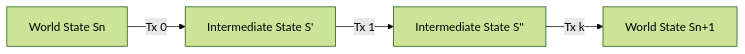
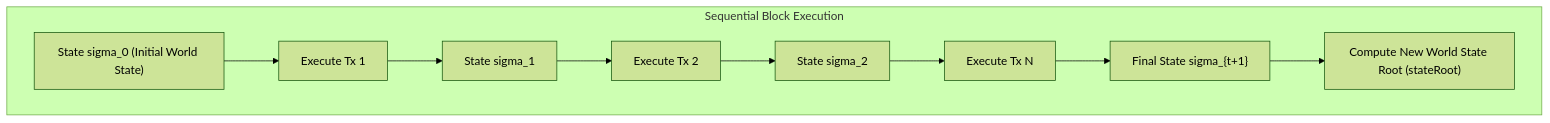
Before and after one commit to ub-society/modules: the fourth of 5 diagrams in docs/learn/fundamentals/02-architecture-and-state/02-transaction-lifecycle-and-state-transitions.md, drawn with Mermaid (forest theme). The commit also changed other lines of this file and 3 other files, not shown here.

````diff
--- a/docs/learn/fundamentals/02-architecture-and-state/02-transaction-lifecycle-and-state-transitions.md
+++ b/docs/learn/fundamentals/02-architecture-and-state/02-transaction-lifecycle-and-state-transitions.md
@@ -93,6 +152,12 @@
 ```mermaid
-flowchart LR
-    S0["World State Sn"] -->|Tx 0| S1["Intermediate State S'"]
-    S1 -->|Tx 1| S2["Intermediate State S''"]
-    S2 -->|Tx k| Sn1["World State Sn+1"]
+flowchart TD
+    subgraph Sequential Block Execution
+        S0["State sigma_0 (Initial World State)"] --> T1["Execute Tx 1"]
+        T1 --> S1["State sigma_1"]
+        S1 --> T2["Execute Tx 2"]
+        T2 --> S2["State sigma_2"]
+        S2 --> Tn["Execute Tx N"]
+        Tn --> SFinal["Final State sigma_{t+1}"]
+        SFinal --> NewRoot["Compute New World State Root (stateRoot)"]
+    end
 ```
````
